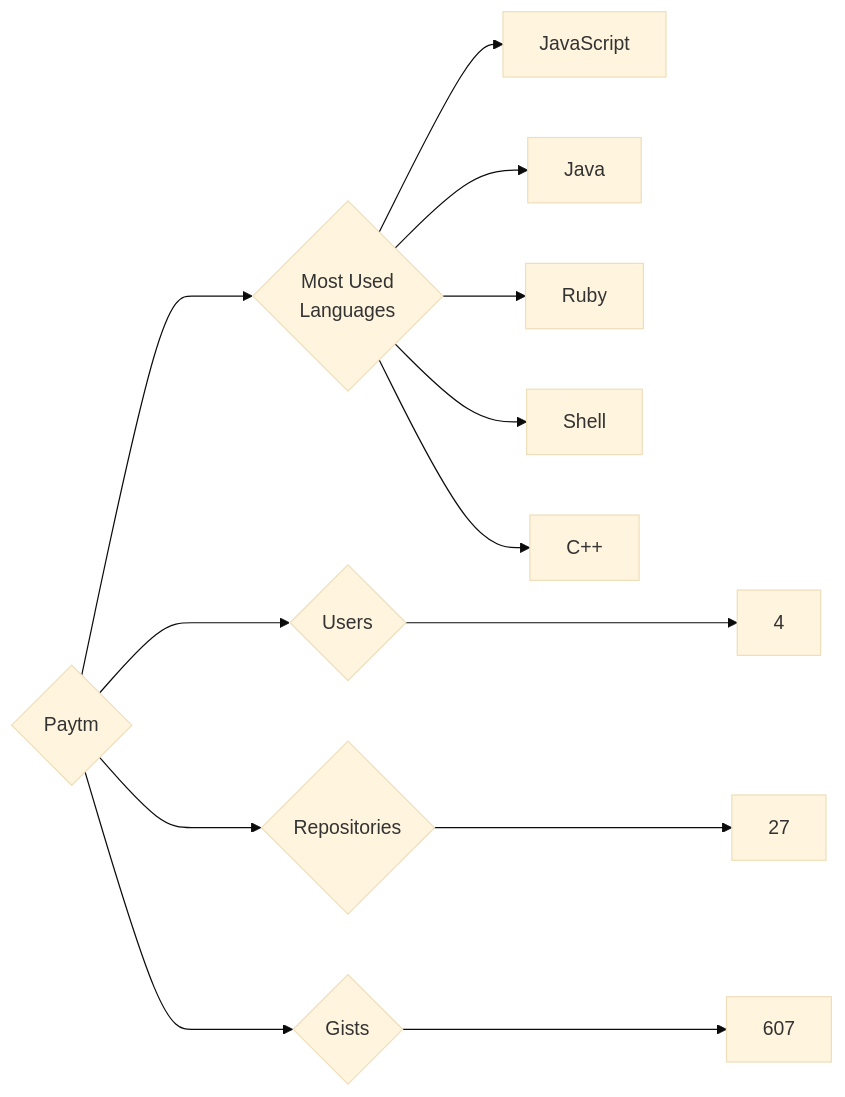
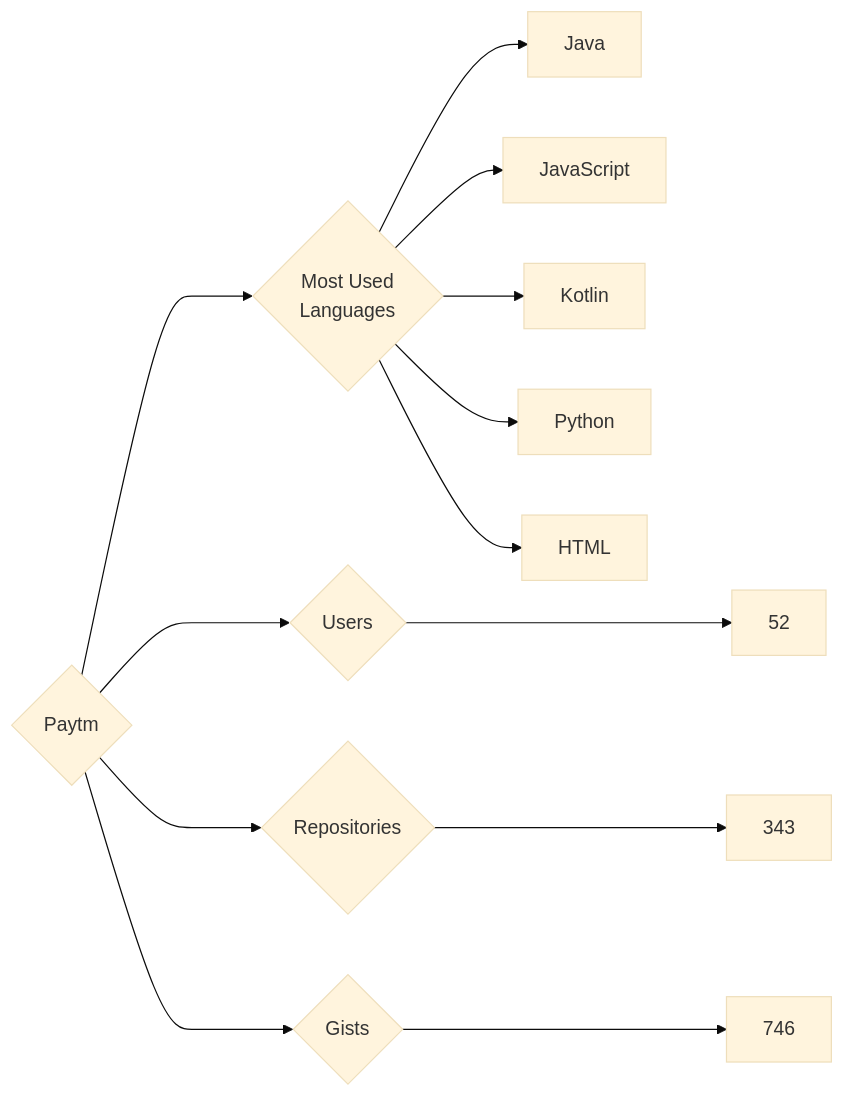
The diagram in targets/Paytm/README.md (trickest/insiders), drawn with Mermaid (base theme) before and after one commit. The commit also changed 898 other files, not shown here.

````diff
--- a/targets/Paytm/README.md
+++ b/targets/Paytm/README.md
@@ -3,13 +3,13 @@
 ```mermaid
 graph LR
 COMPANY_NAME{Paytm}
-COMPANY_NAME ---> U{Users} ---> UN[4]
-COMPANY_NAME ---> R{Repositories} ---> RN[27]
-COMPANY_NAME ---> G{Gists} ---> GN[607]
+COMPANY_NAME ---> U{Users} ---> UN[52]
+COMPANY_NAME ---> R{Repositories} ---> RN[343]
+COMPANY_NAME ---> G{Gists} ---> GN[746]
 COMPANY_NAME ---> ML{Most Used<br>Languages}
+ML --> Java[Java]
 ML --> JavaScript[JavaScript]
-ML --> Java[Java]
-ML --> Ruby[Ruby]
-ML --> Shell[Shell]
-ML --> C++[C++]
+ML --> Kotlin[Kotlin]
+ML --> Python[Python]
+ML --> HTML[HTML]
 ```
````
